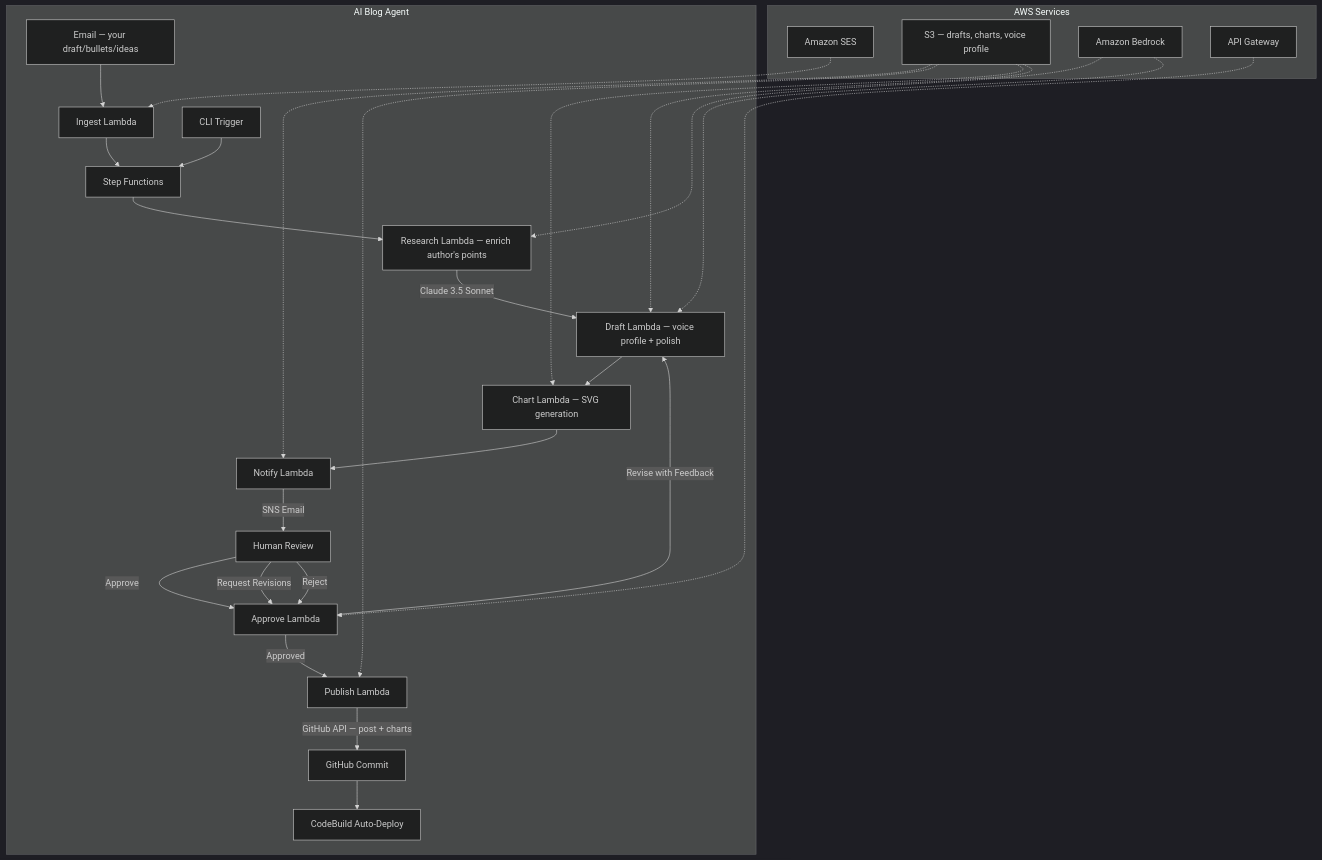
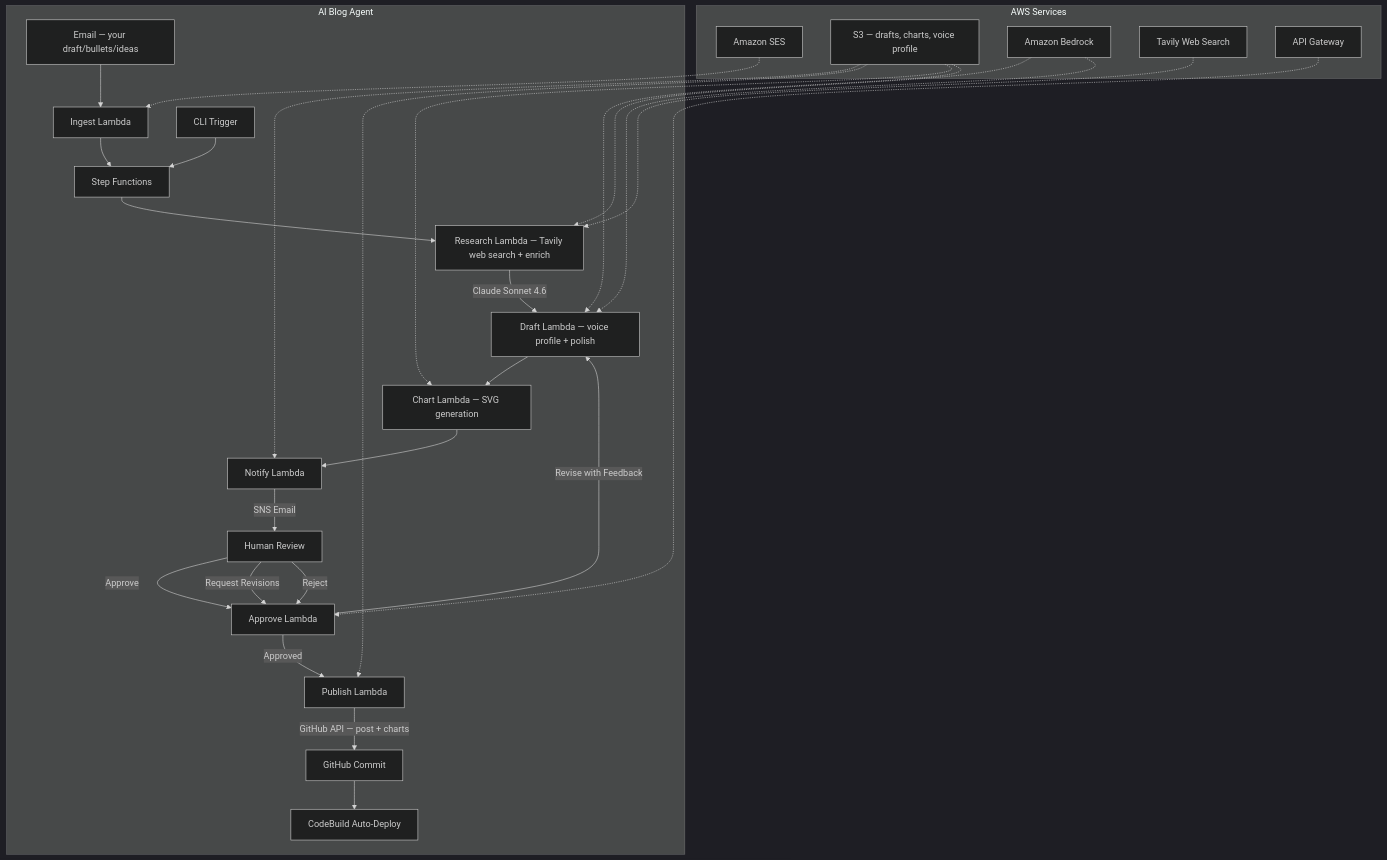
One commit to kzaky/khaledzaky.com changed the second of 4 diagrams in README.md. Above: the diagram before and after it, drawn with Mermaid (dark theme). The commit also changed other lines of this file and 1 other file, not shown here.

First line of the commit message:
Update READMEs: Claude Sonnet 4.6, Tavily web search, full-post email

````diff
--- a/README.md
+++ b/README.md
@@ -37,31 +37,32 @@
 ```mermaid
 graph TD
     subgraph "AI Blog Agent"
         EM[Email — your draft/bullets/ideas] --> IG[Ingest Lambda]
         CLI[CLI Trigger] --> SF
         IG --> SF[Step Functions]
-        SF --> R[Research Lambda — enrich author's points]
-        R -->|Claude 3.5 Sonnet| D[Draft Lambda — voice profile + polish]
+        SF --> R[Research Lambda — Tavily web search + enrich]
+        R -->|Claude Sonnet 4.6| D[Draft Lambda — voice profile + polish]
         D --> CH[Chart Lambda — SVG generation]
         CH --> N[Notify Lambda]
         N -->|SNS Email| U[Human Review]
         U -->|Approve| AP[Approve Lambda]
         U -->|Request Revisions| AP
         U -->|Reject| AP
         AP -->|Approved| P[Publish Lambda]
         AP -->|Revise with Feedback| D
         P -->|GitHub API — post + charts| GH[GitHub Commit]
         GH --> CB[CodeBuild Auto-Deploy]
     end
 
     subgraph "AWS Services"
         SES[Amazon SES] -.-> IG
         S3[S3 — drafts, charts, voice profile] -.-> N
         S3 -.-> P
         S3 -.-> CH
         S3 -.-> D
         BK[Amazon Bedrock] -.-> R
         BK -.-> D
+        TV[Tavily Web Search] -.-> R
         AG[API Gateway] -.-> AP
     end
 ```
````
